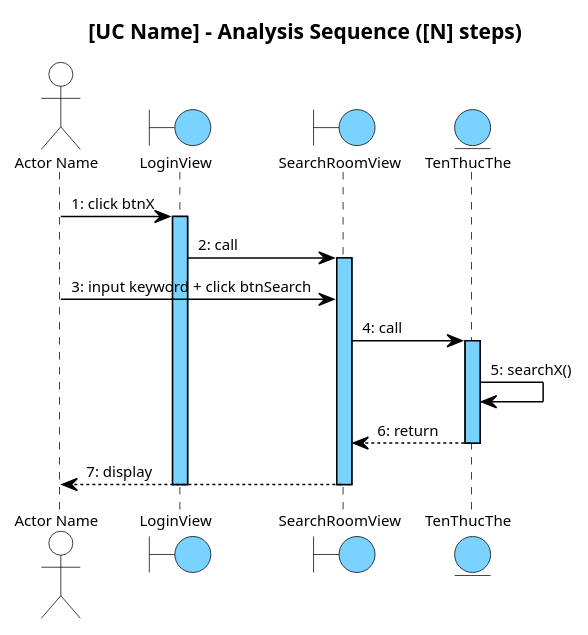
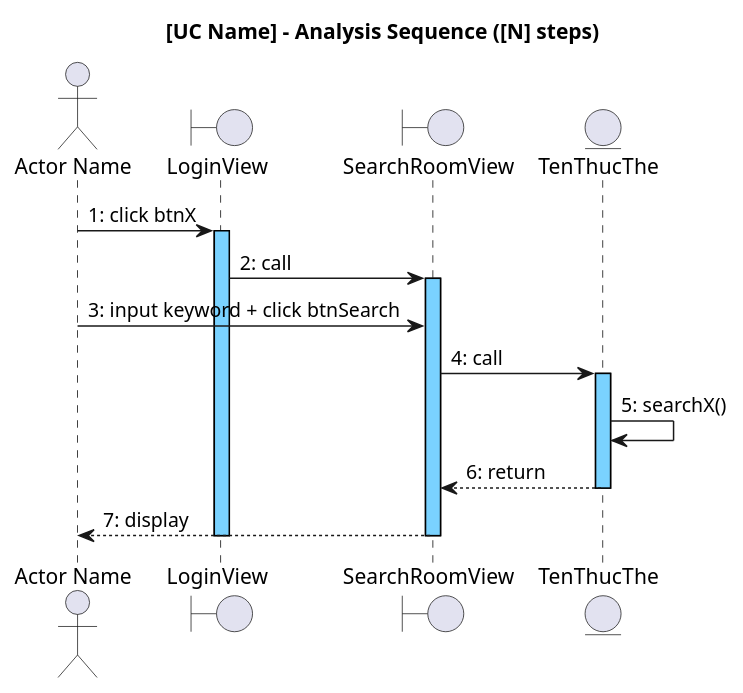
Before and after one commit to thanhtrnnn/cnpm: the diagram in .claude/skills/cnpm/references/ii.4_tuantu_phantich.md, drawn with PlantUML. The commit also changed 5 other files, not shown here.

First line of the commit message:
feat: Dialog font, white boxes, no package colors in class diagrams

````diff
--- a/.claude/skills/cnpm/references/ii.4_tuantu_phantich.md
+++ b/.claude/skills/cnpm/references/ii.4_tuantu_phantich.md
@@ -58,75 +58,32 @@
 ```plantuml
 @startuml
 ' --- Main flow only — no alt blocks ---
 skinparam shadowing false
 skinparam SequenceMessageAlign left
+skinparam defaultFontName "Dialog"
 
 skinparam SequenceLifeLineBackgroundColor #7AD2FF
 skinparam SequenceLifeLineBorderColor #000000
-
-<style>
-sequenceDiagram {
-  Shadowing 0
-  RoundCorner 0
-  FontName "Arial"
-  FontSize 10
-  FontColor #000000
-
-  participant {
-    BackgroundColor #7AD2FF
-    LineColor #000000
-    LineThickness 1
-  }
-
-  actor {
-    BackgroundColor transparent
-    LineColor #000000
-  }
-  boundary {
-    BackgroundColor #7AD2FF
-    LineColor #000000
-  }
-  control {
-    BackgroundColor #7AD2FF
-    LineColor #000000
-  }
-  entity {
-    BackgroundColor #7AD2FF
-    LineColor #000000
-  }
-
-  lifeline {
-    LineColor #000000
-    LineStyle 5-5
-  }
-
-  arrow {
-    LineColor #000000
-    LineThickness 1
-    FontSize 10
-  }
-}
-</style>
 
 title [UC Name] – Analysis Sequence ([N] steps)
 
 actor "Actor Name" as Actor
 boundary LoginView
 boundary SearchRoomView
 entity TenThucThe
 
 Actor -> LoginView : 1: click btnX
 activate LoginView
 LoginView -> SearchRoomView : 2: call
 activate SearchRoomView
 Actor -> SearchRoomView : 3: input keyword + click btnSearch
 SearchRoomView -> TenThucThe : 4: call
 activate TenThucThe
 TenThucThe -> TenThucThe : 5: searchX()
 TenThucThe --> SearchRoomView : 6: return
 deactivate TenThucThe
 SearchRoomView --> Actor : 7: display
 deactivate SearchRoomView
 deactivate LoginView
 @enduml
 ```
````
